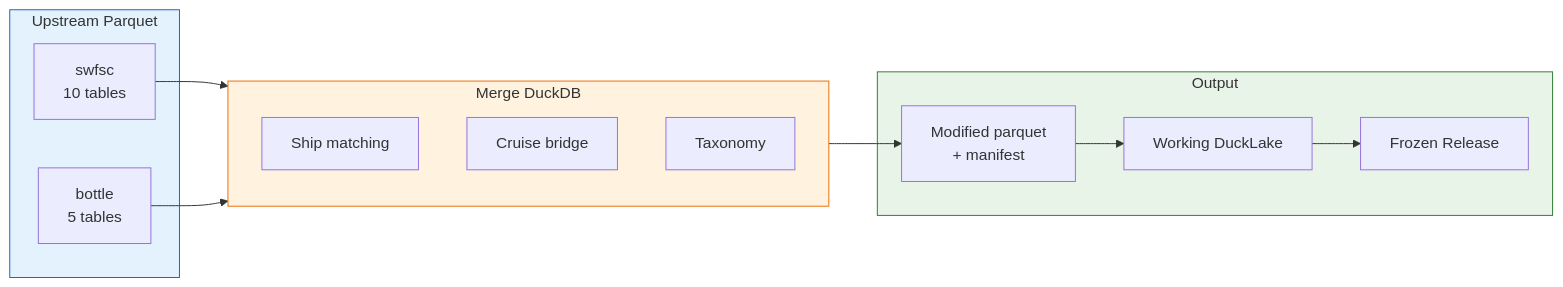
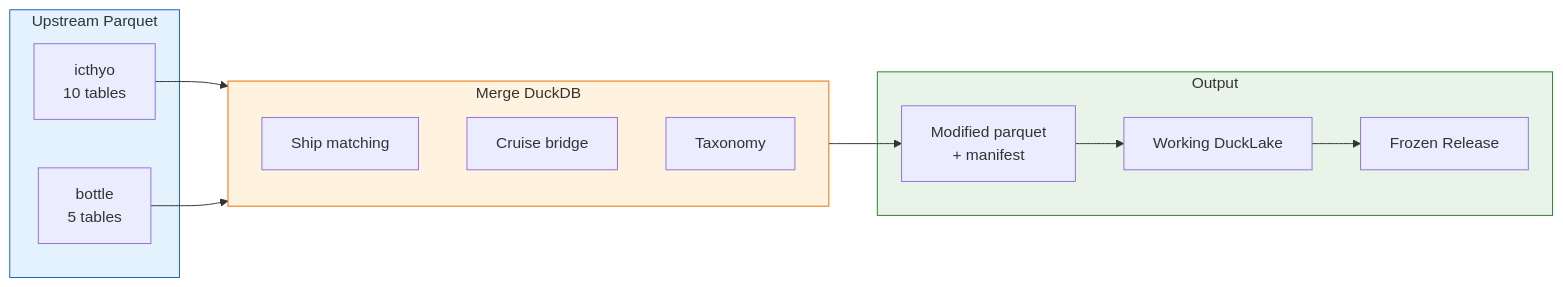
One commit to CalCOFI/workflows changed the diagram in merge_ichthyo_bottle.qmd. Above: the diagram before and after it, drawn with Mermaid. The commit also changed other lines of this file and 269 other files, not shown here.

Commit message:
use swfsc UUID keys; drop bottle from publish_icthyo_to_obis.qmd

````diff
--- a/merge_ichthyo_bottle.qmd
+++ b/merge_ichthyo_bottle.qmd
@@ -41,27 +41,27 @@
 ```{mermaid}
 %%| label: fig-workflow
 %%| fig-cap: "Integration workflow: upstream parquet → merge → Working DuckLake → Frozen Release"
 
 flowchart LR
     subgraph upstream["Upstream Parquet"]
-        s["swfsc<br/>10 tables"]
+        s["icthyo<br/>10 tables"]
         b["bottle<br/>5 tables"]
     end
     subgraph merge["Merge DuckDB"]
         m1["Ship matching"]
         m2["Cruise bridge"]
         m3["Taxonomy"]
     end
     subgraph output["Output"]
         p["Modified parquet<br/>+ manifest"]
         w["Working DuckLake"]
         f["Frozen Release"]
     end
     s --> merge
     b --> merge
     merge --> p --> w --> f
 
     style upstream fill:#e3f2fd,stroke:#1565c0
     style merge fill:#fff3e0,stroke:#ef6c00
     style output fill:#e8f4e8,stroke:#2e7d32
 ```
````
